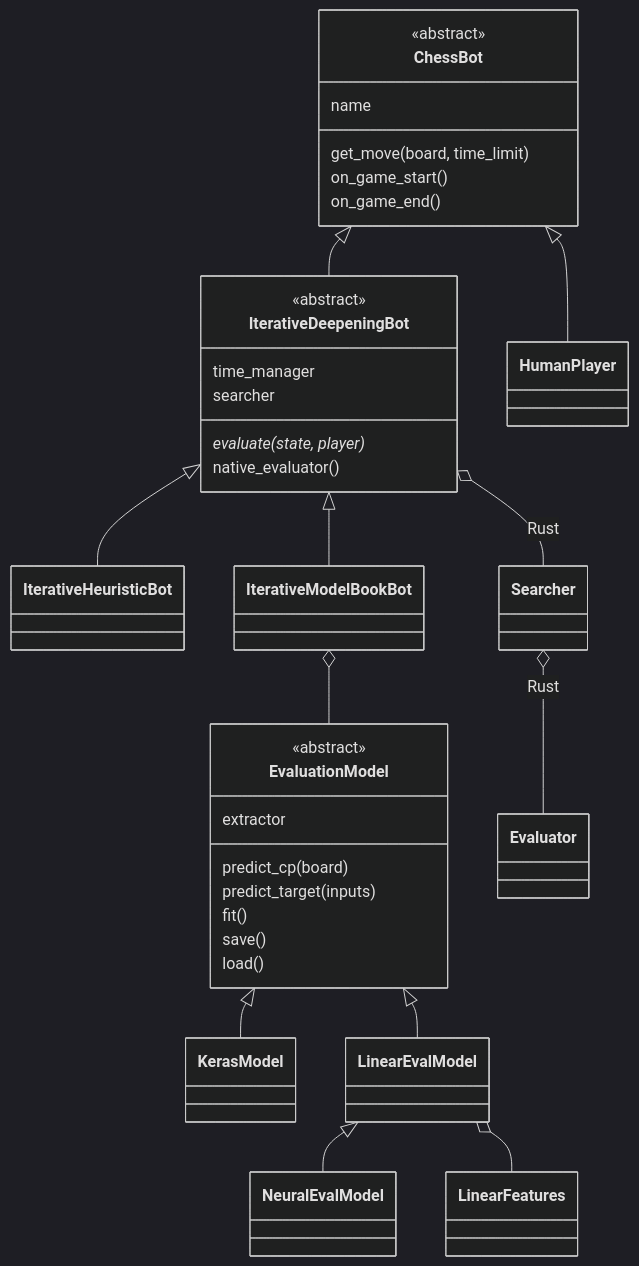
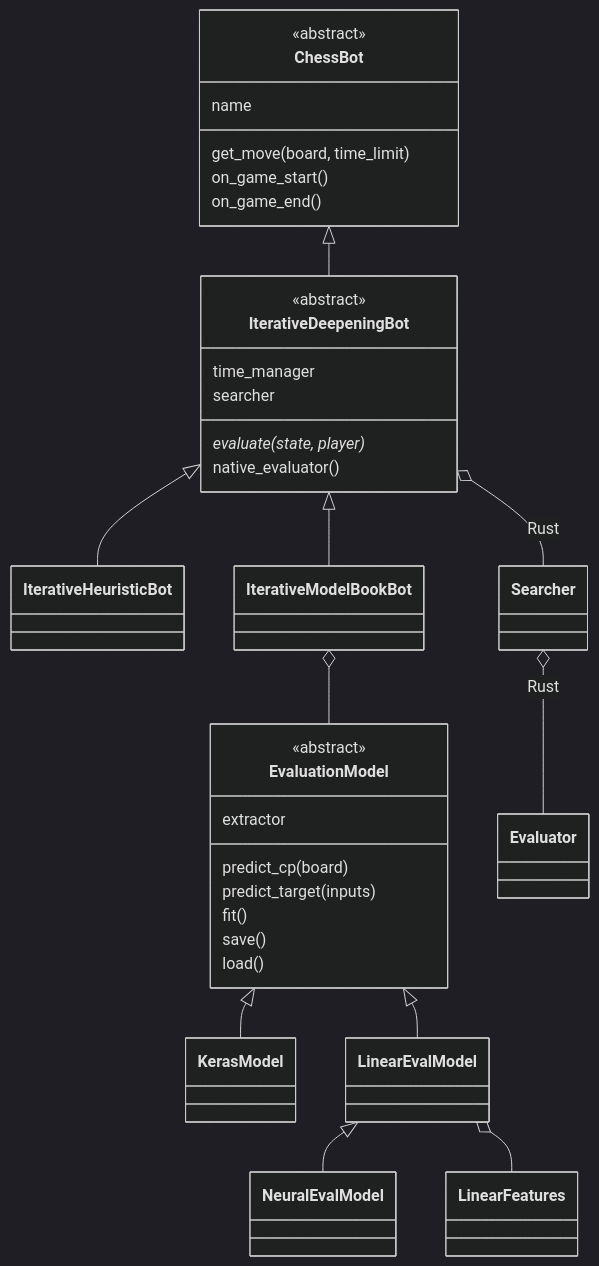
The second of 3 diagrams in docs/ARCHITECTURE.md (JoaquinDeVA/chess-ai-engine), drawn with Mermaid (dark theme) before and after one commit. The commit also changed other lines of this file and 14 other files, not shown here.

````diff
--- a/docs/ARCHITECTURE.md
+++ b/docs/ARCHITECTURE.md
@@ -67,38 +70,37 @@
 ```mermaid
 classDiagram
     class ChessBot {
         <<abstract>>
         name
         get_move(board, time_limit)
         on_game_start()
         on_game_end()
     }
     class IterativeDeepeningBot {
         <<abstract>>
         time_manager
         searcher
         evaluate(state, player)*
         native_evaluator()
     }
     ChessBot <|-- IterativeDeepeningBot
-    ChessBot <|-- HumanPlayer
     IterativeDeepeningBot <|-- IterativeHeuristicBot
     IterativeDeepeningBot <|-- IterativeModelBookBot
 
     class EvaluationModel {
         <<abstract>>
         extractor
         predict_cp(board)
         predict_target(inputs)
         fit()
         save()
         load()
     }
     EvaluationModel <|-- KerasModel
     EvaluationModel <|-- LinearEvalModel
     LinearEvalModel <|-- NeuralEvalModel
     LinearEvalModel o-- LinearFeatures
     IterativeModelBookBot o-- EvaluationModel
     IterativeDeepeningBot o-- Searcher : Rust
     Searcher o-- Evaluator : Rust
 ```
````
